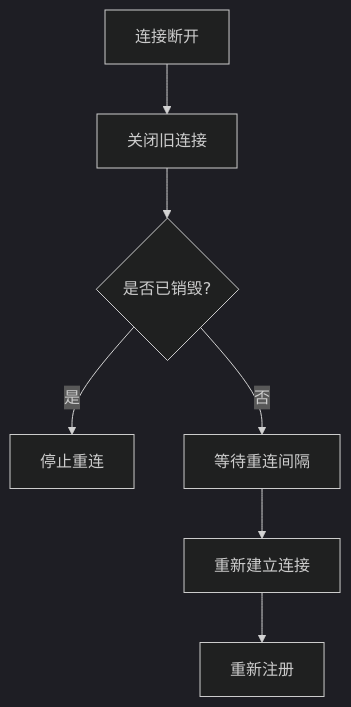
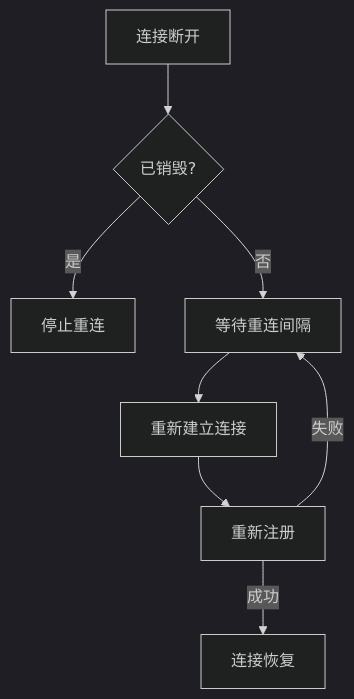
One commit to ibuilding-X/driver-box changed the eighth of 11 diagrams in pages/src/content/docs/exports/gateway.mdx. Above: the diagram before and after it, drawn with Mermaid (dark theme). The commit also changed other lines of this file and 6 other files, not shown here.

````diff
--- a/pages/src/content/docs/exports/gateway.mdx
+++ b/pages/src/content/docs/exports/gateway.mdx
@@ -164,9 +240,10 @@
 ```mermaid
 graph TD
-    A[连接断开] --> B[关闭旧连接]
-    B --> C{是否已销毁?}
-    C -->|是| D[停止重连]
-    C -->|否| E[等待重连间隔]
-    E --> F[重新建立连接]
-    F --> G[重新注册]
+    A[连接断开] --> B{已销毁?}
+    B -->|是| C[停止重连]
+    B -->|否| D[等待重连间隔]
+    D --> E[重新建立连接]
+    E --> F[重新注册]
+    F -->|失败| D
+    F -->|成功| G[连接恢复]
 ```
````
